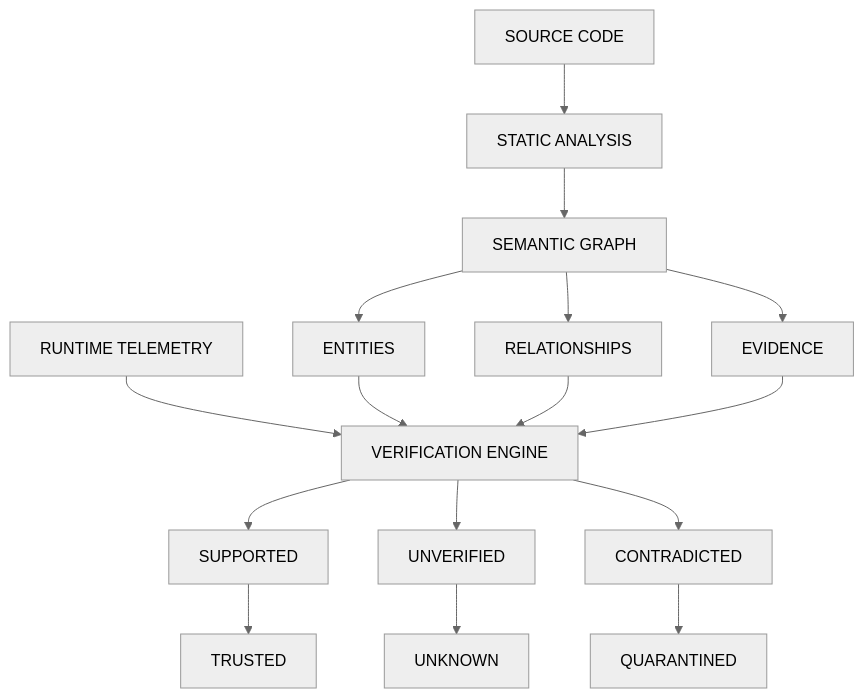
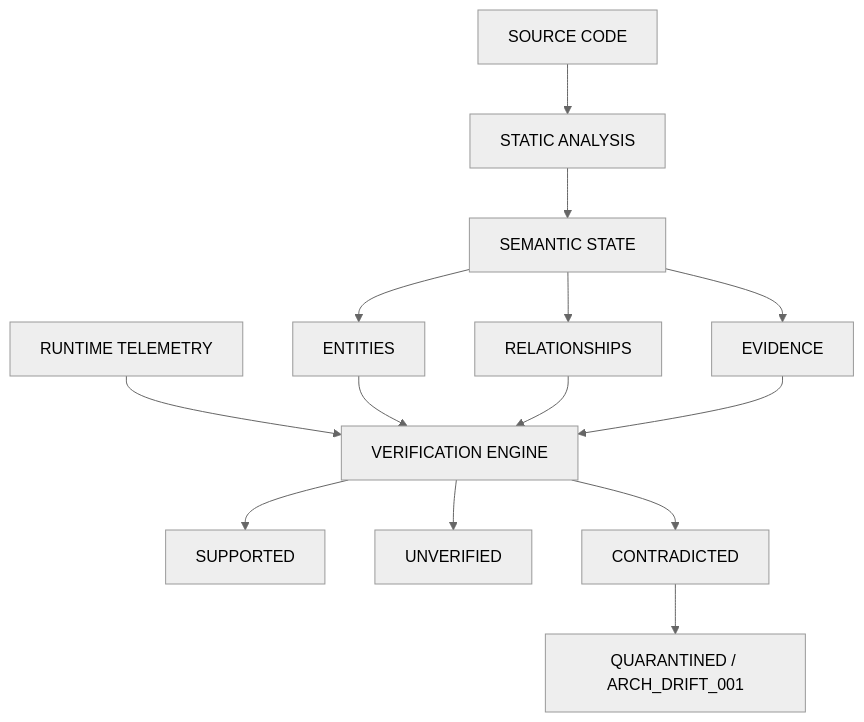
Before and after one commit to myshra777-ai/garuda: the ninth of 18 diagrams in README.md, drawn with Mermaid (neutral theme). The commit also changed other lines of this file, not shown here.

````diff
--- a/README.md
+++ b/README.md
@@ -319,21 +392,20 @@
 ```mermaid
 flowchart TD
     SOURCE["SOURCE CODE"] --> STATIC["STATIC ANALYSIS"]
-    STATIC --> GRAPH["SEMANTIC GRAPH"]
+    STATIC --> GRAPH["SEMANTIC STATE"]
+
     GRAPH --> ENTITIES["ENTITIES"]
     GRAPH --> RELATIONSHIPS["RELATIONSHIPS"]
     GRAPH --> EVIDENCE["EVIDENCE"]
 
     RUNTIME["RUNTIME TELEMETRY"] --> VERIFY["VERIFICATION ENGINE"]
     ENTITIES --> VERIFY
     RELATIONSHIPS --> VERIFY
     EVIDENCE --> VERIFY
 
     VERIFY --> SUPPORTED["SUPPORTED"]
     VERIFY --> UNVERIFIED["UNVERIFIED"]
     VERIFY --> CONTRADICTED["CONTRADICTED"]
 
-    SUPPORTED --> TRUSTED["TRUSTED"]
-    UNVERIFIED --> UNKNOWN["UNKNOWN"]
-    CONTRADICTED --> QUARANTINED["QUARANTINED"]
+    CONTRADICTED --> QUARANTINE["QUARANTINED / ARCH_DRIFT_001"]
 ```
````
